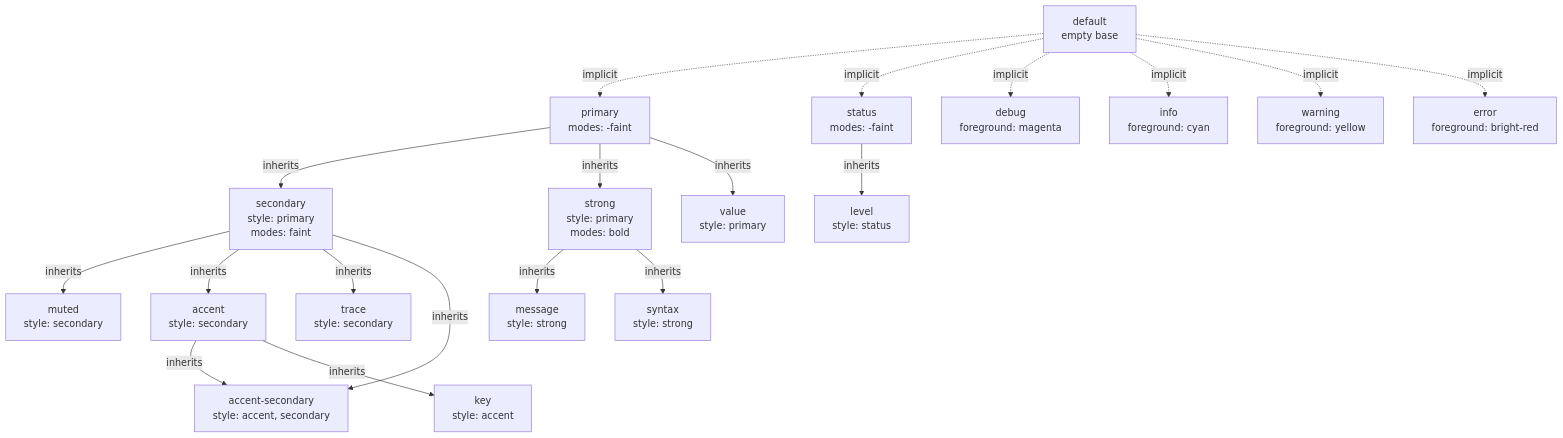
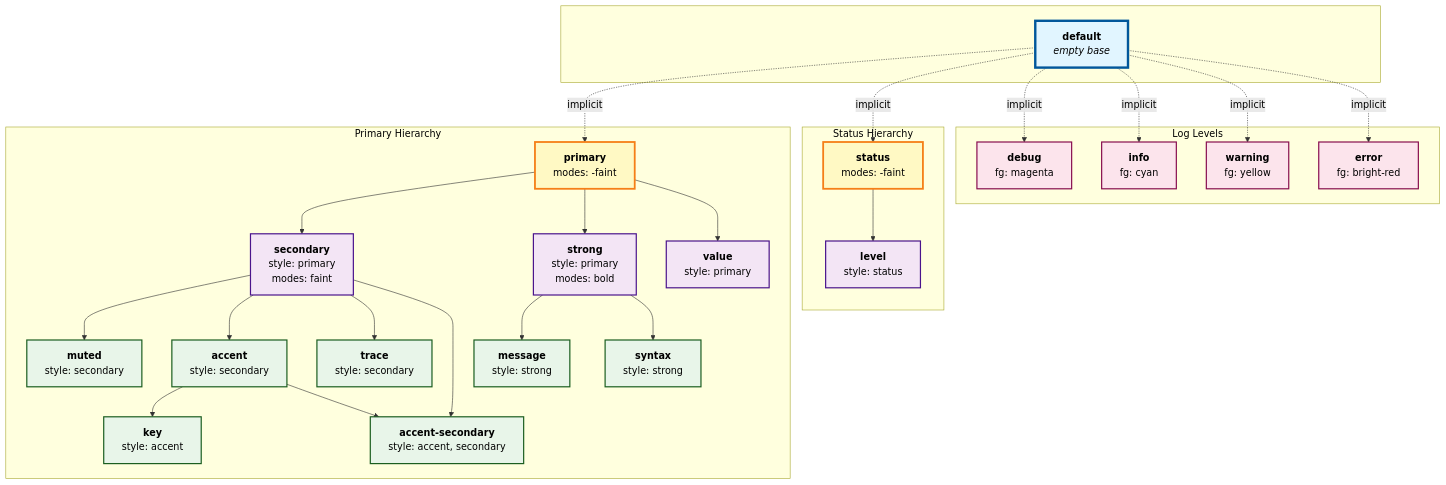
The diagram in doc/theme.md (pamburus/hl), drawn with Mermaid before and after one commit. The commit also changed 1 other file, not shown here.

````diff
--- a/doc/theme.md
+++ b/doc/theme.md
@@ -88,52 +88,111 @@
 ```mermaid
-graph TD
-    default[default<br/>empty base]
-    
-    primary[primary<br/>modes: -faint]
-    secondary[secondary<br/>style: primary<br/>modes: faint]
-    strong[strong<br/>style: primary<br/>modes: bold]
-    
-    muted[muted<br/>style: secondary]
-    accent[accent<br/>style: secondary]
-    trace[trace<br/>style: secondary]
-    
-    accent-secondary[accent-secondary<br/>style: accent, secondary]
-    key[key<br/>style: accent]
-    
-    message[message<br/>style: strong]
-    syntax[syntax<br/>style: strong]
-    
-    value[value<br/>style: primary]
-    
-    status[status<br/>modes: -faint]
-    level[level<br/>style: status]
-    
-    debug[debug<br/>foreground: magenta]
-    info[info<br/>foreground: cyan]
-    warning[warning<br/>foreground: yellow]
-    error[error<br/>foreground: bright-red]
-    
+graph TB
+    %% Root - centered at top
+    default["<b>default</b><br/><i>empty base</i>"]
+
+    %% Tier 1 - Primary hierarchy and independent status
+    primary["<b>primary</b><br/>modes: -faint"]
+    status["<b>status</b><br/>modes: -faint"]
+
+    %% Tier 2 - Primary derivatives
+    secondary["<b>secondary</b><br/>style: primary<br/>modes: faint"]
+    strong["<b>strong</b><br/>style: primary<br/>modes: bold"]
+    value["<b>value</b><br/>style: primary"]
+
+    %% Tier 3 - Secondary derivatives (left branch)
+    muted["<b>muted</b><br/>style: secondary"]
+    accent["<b>accent</b><br/>style: secondary"]
+    trace["<b>trace</b><br/>style: secondary"]
+
+    %% Tier 3 - Accent derivatives (middle branch)
+    key["<b>key</b><br/>style: accent"]
+    accsec["<b>accent-secondary</b><br/>style: accent, secondary"]
+
+    %% Tier 3 - Strong derivatives (right branch)
+    message["<b>message</b><br/>style: strong"]
+    syntax["<b>syntax</b><br/>style: strong"]
+
+    %% Status derivative
+    level["<b>level</b><br/>style: status"]
+
+    %% Log level roles - independent (bottom row)
+    debug["<b>debug</b><br/>fg: magenta"]
+    info["<b>info</b><br/>fg: cyan"]
+    warning["<b>warning</b><br/>fg: yellow"]
+    error["<b>error</b><br/>fg: bright-red"]
+
+    %% Implicit inheritance from default (dotted lines)
     default -.->|implicit| primary
     default -.->|implicit| status
     default -.->|implicit| debug
     default -.->|implicit| info
     default -.->|implicit| warning
     default -.->|implicit| error
-    
-    primary -->|inherits| secondary
-    primary -->|inherits| strong
-    primary -->|inherits| value
-    
-    secondary -->|inherits| muted
-    secondary -->|inherits| accent
-    secondary -->|inherits| trace
-    secondary -->|inherits| accent-secondary
-    
-    accent -->|inherits| accent-secondary
-    accent -->|inherits| key
-    
-    strong -->|inherits| message
-    strong -->|inherits| syntax
-    
-    status -->|inherits| level
+
+    %% Primary hierarchy (solid lines)
+    primary --> secondary
+    primary --> strong
+    primary --> value
+
+    %% Secondary derivatives
+    secondary --> muted
+    secondary --> accent
+    secondary --> trace
+    secondary --> accsec
+
+    %% Accent derivatives
+    accent --> key
+    accent --> accsec
+
+    %% Strong derivatives
+    strong --> message
+    strong --> syntax
+
+    %% Status derivative
+    status --> level
+
+    %% Subgraph for better organization
+    subgraph " "
+        default
+    end
+
+    subgraph "Primary Hierarchy"
+        primary
+        secondary
+        strong
+        value
+        muted
+        accent
+        trace
+        key
+        accsec
+        message
+        syntax
+    end
+
+    subgraph "Status Hierarchy"
+        status
+        level
+    end
+
+    subgraph "Log Levels"
+        debug
+        info
+        warning
+        error
+    end
+
+    %% Style definitions
+    classDef root fill:#e1f5ff,stroke:#01579b,stroke-width:4px,color:#000
+    classDef tier1 fill:#fff9c4,stroke:#f57f17,stroke-width:3px,color:#000
+    classDef tier2 fill:#f3e5f5,stroke:#4a148c,stroke-width:2px,color:#000
+    classDef tier3 fill:#e8f5e9,stroke:#1b5e20,stroke-width:2px,color:#000
+    classDef independent fill:#fff3e0,stroke:#e65100,stroke-width:2px,color:#000
+    classDef loglevel fill:#fce4ec,stroke:#880e4f,stroke-width:2px,color:#000
+
+    class default root
+    class primary,status tier1
+    class secondary,strong,value,level tier2
+    class muted,accent,trace,key,accsec,message,syntax tier3
+    class debug,info,warning,error loglevel
 ```
````
